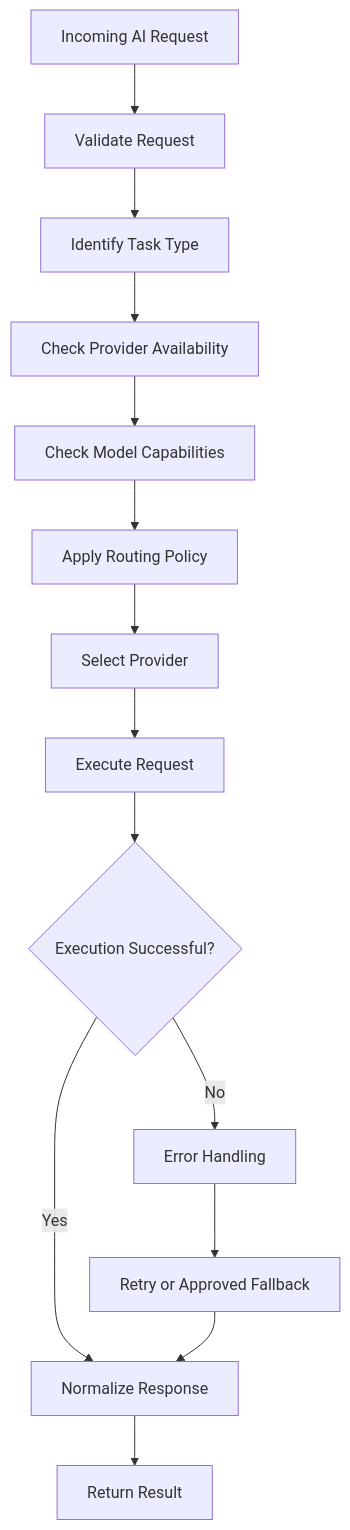
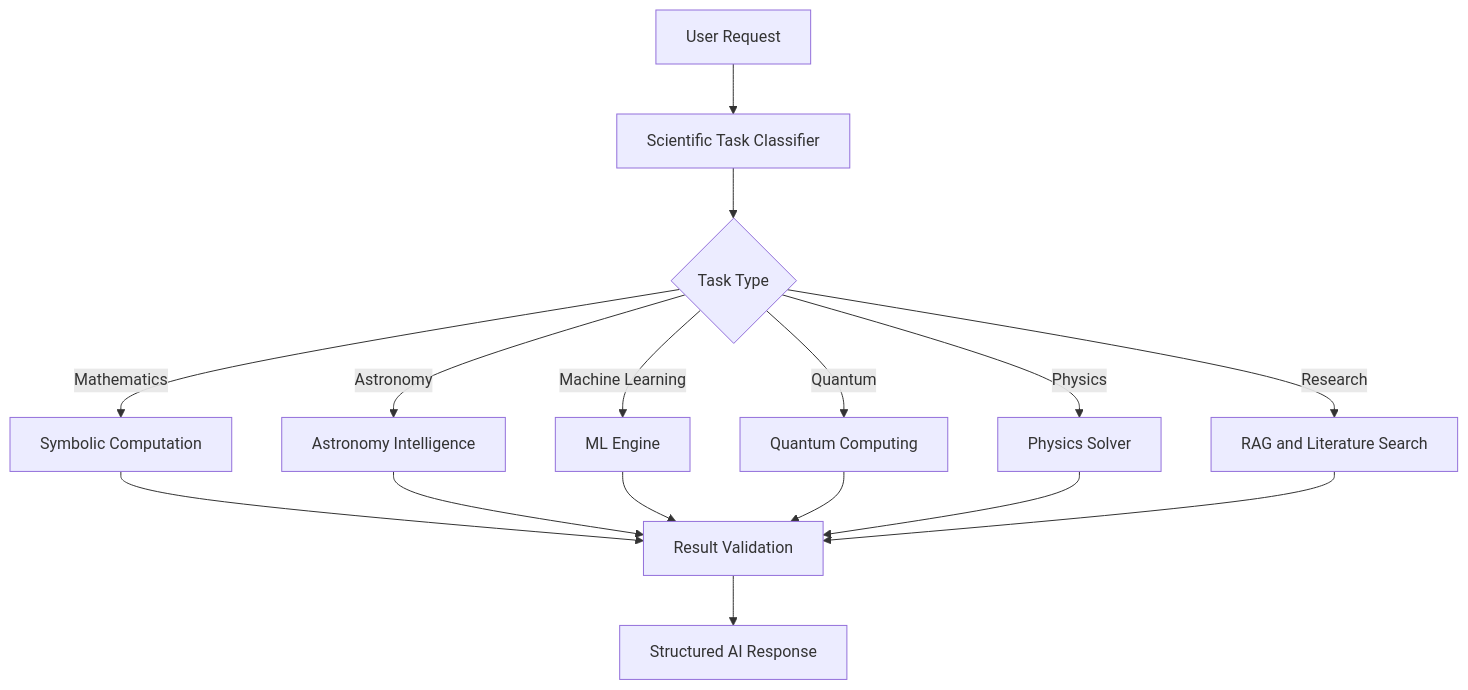
Before and after one commit to lucylow/woohoo-wonder-labs: the fifth of 13 diagrams in README.md, drawn with Mermaid. The commit also changed other lines of this file, not shown here.

````diff
--- a/README.md
+++ b/README.md
@@ -458,16 +446,18 @@
 ```mermaid
 flowchart TD
-    A["Incoming AI Request"] --> B["Validate Request"]
-    B --> C["Identify Task Type"]
-    C --> D["Check Provider Availability"]
-    D --> E["Check Model Capabilities"]
-    E --> F["Apply Routing Policy"]
-    F --> G["Select Provider"]
-    G --> H["Execute Request"]
-    H --> I{"Execution Successful?"}
-    I -->|Yes| J["Normalize Response"]
-    I -->|No| K["Error Handling"]
-    K --> L["Retry or Approved Fallback"]
-    L --> J
-    J --> M["Return Result"]
+    A[User Request] --> B[Scientific Task Classifier]
+    B --> C{Task Type}
+    C -->|Mathematics| D[Symbolic Computation]
+    C -->|Astronomy| E[Astronomy Intelligence]
+    C -->|Machine Learning| F[ML Engine]
+    C -->|Quantum| G[Quantum Computing]
+    C -->|Physics| H[Physics Solver]
+    C -->|Research| I[RAG and Literature Search]
+    D --> J[Result Validation]
+    E --> J
+    F --> J
+    G --> J
+    H --> J
+    I --> J
+    J --> K[Structured AI Response]
 ```
````
